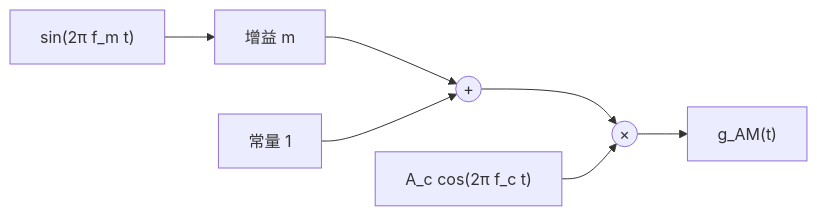
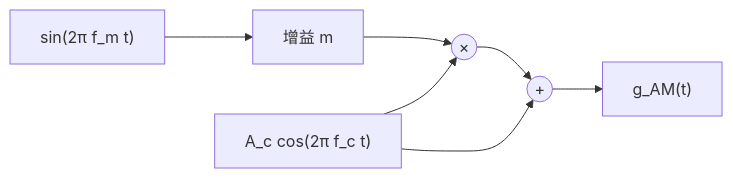
The diagram in docs/tohoku-university/engineering/ecei/2014/ecei_201403_senmon_2.md (Myyura/the_kai_project), drawn with Mermaid before and after one commit. The commit also changed 366 other files, not shown here.

````diff
--- a/docs/tohoku-university/engineering/ecei/2014/ecei_201403_senmon_2.md
+++ b/docs/tohoku-university/engineering/ecei/2014/ecei_201403_senmon_2.md
@@ -55,8 +55,8 @@
 ```mermaid
 flowchart LR
-    S["sin(2π f_m t)"] --> M["增益 m"] --> A(("+"))
-    C["常量 1"] --> A
-    A --> P(("×"))
+    S["sin(2π f_m t)"] --> M["增益 m"] --> P(("×"))
     O["A_c cos(2π f_c t)"] --> P
-    P --> Y["g_AM(t)"]
+    O --> A(("+"))
+    P --> A
+    A --> Y["g_AM(t)"]
 ```
````
